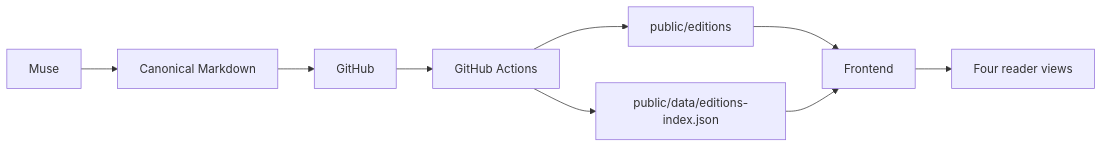
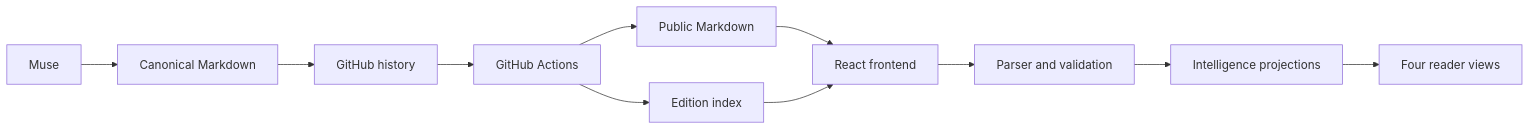
Before and after one commit to rockybuildingaiweb3-boop/world-signal: the diagram in docs/ARCHITECTURE.md, drawn with Mermaid. The commit also changed other lines of this file and 8 other files, not shown here.

Commit message:
chore: enforce intelligence v2 contract and add frontend CI

```diff
--- a/docs/ARCHITECTURE.md
+++ b/docs/ARCHITECTURE.md
@@ -16,11 +17,13 @@
 ~~~mermaid
 flowchart LR
   M[Muse] --> C[Canonical Markdown]
-  C --> G[GitHub]
+  C --> G[GitHub history]
   G --> W[GitHub Actions]
-  W --> P[public/editions]
-  W --> I[public/data/editions-index.json]
-  P --> F[Frontend]
+  W --> P[Public Markdown]
+  W --> I[Edition index]
+  P --> F[React frontend]
   I --> F
-  F --> U[Four reader views]
+  F --> V[Parser and validation]
+  V --> X[Intelligence projections]
+  X --> U[Four reader views]
 ~~~
```
